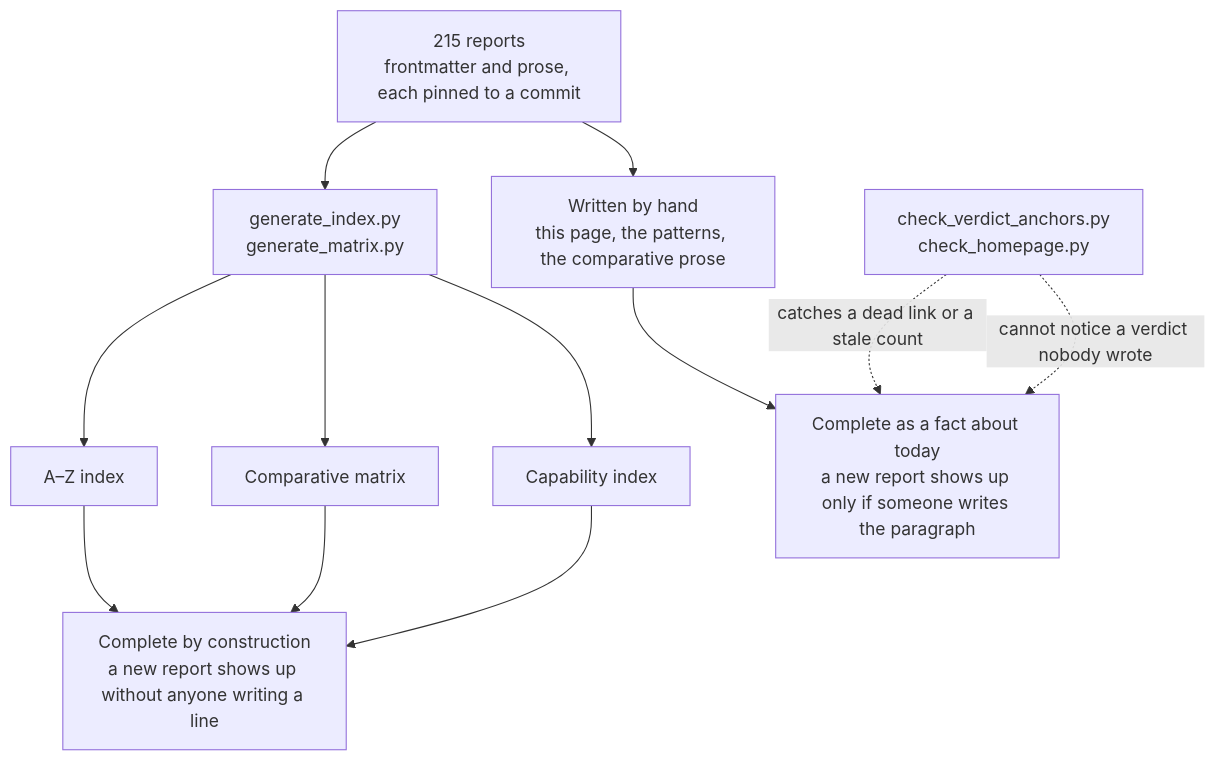
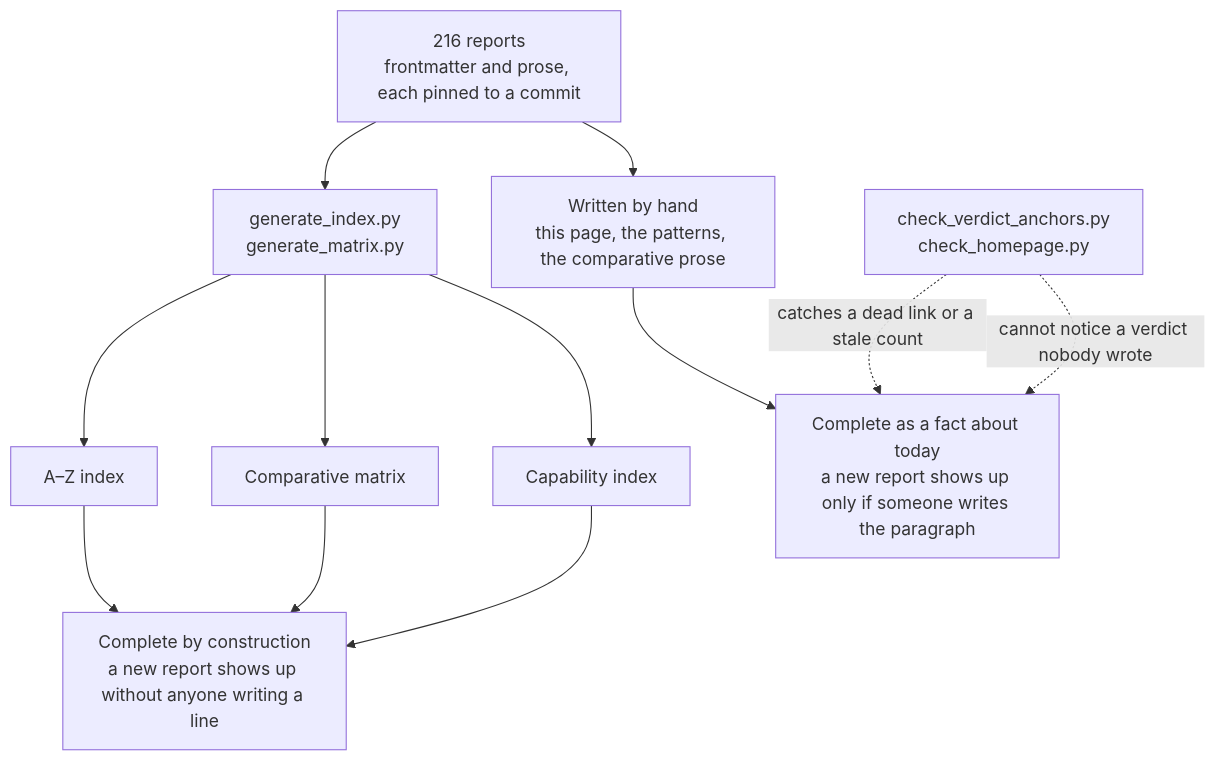
The diagram in content/verdicts.md (neoneye/agent-memory-atlas), drawn with Mermaid before and after one commit. The commit also changed other lines of this file and 19 other files, not shown here.

````diff
--- a/content/verdicts.md
+++ b/content/verdicts.md
@@ -40,15 +40,15 @@
 ```mermaid
 flowchart TD
-    R["215 reports<br/>frontmatter and prose, each pinned to a commit"]
+    R["216 reports<br/>frontmatter and prose, each pinned to a commit"]
     R --> GEN["generate_index.py<br/>generate_matrix.py"]
     R --> HAND["Written by hand<br/>this page, the patterns, the comparative prose"]
     GEN --> AZ["A–Z index"]
     GEN --> MX["Comparative matrix"]
     GEN --> CI["Capability index"]
     AZ --> CONST["Complete by construction<br/>a new report shows up without anyone writing a line"]
     MX --> CONST
     CI --> CONST
     HAND --> TODAY["Complete as a fact about today<br/>a new report shows up only if someone writes the paragraph"]
     CHK["check_verdict_anchors.py<br/>check_homepage.py"] -.->|"catches a dead link or a stale count"| TODAY
     CHK -.->|"cannot notice a verdict nobody wrote"| TODAY
 ```
````
